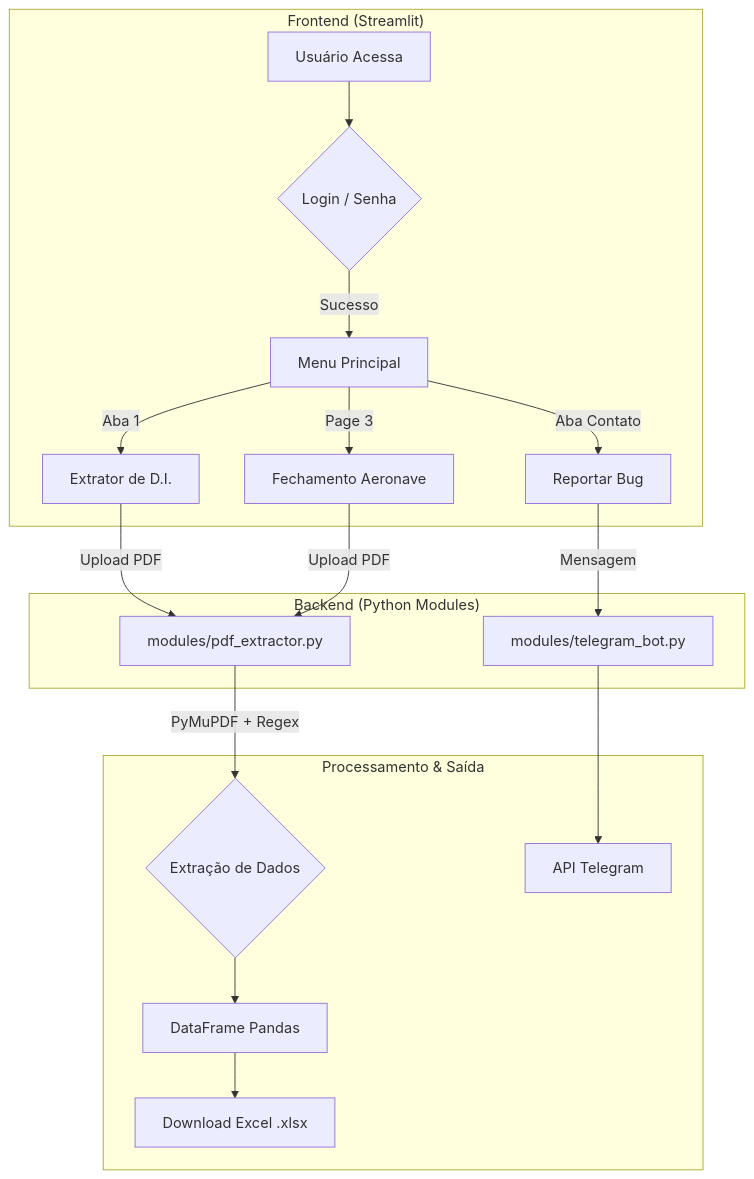
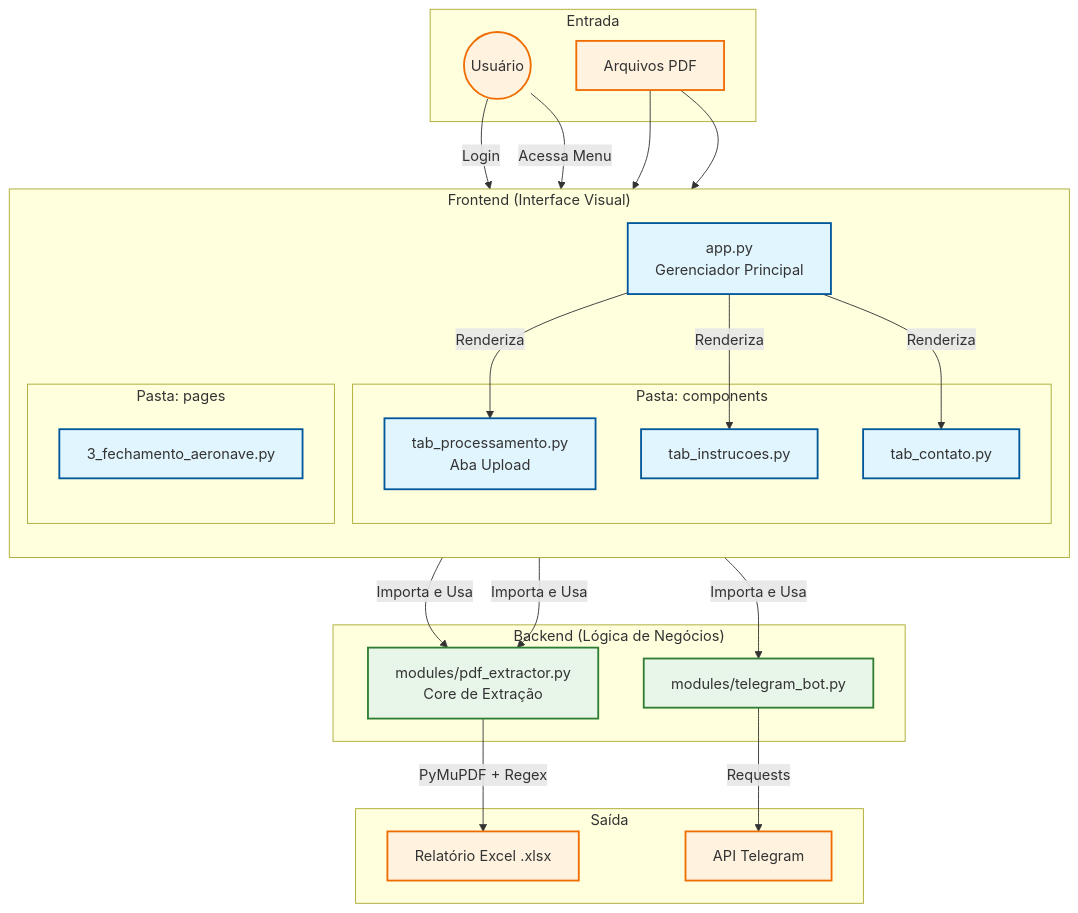
The diagram in README.md (mulinco/extrator-pdf-streamlit), drawn with Mermaid before and after one commit. The commit also changed other lines of this file, not shown here.

Commit message:
Atualizando mermaid e caminho para o gif de demonstração no README

````diff
--- a/README.md
+++ b/README.md
@@ -15,23 +15,57 @@
 ```mermaid
-graph TD;
-    subgraph "Frontend (Streamlit)"
-        A[Usuário Acessa] --> B{Login / Senha};
-        B -- Sucesso --> C[Menu Principal];
-        C -->|Aba 1| D[Extrator de D.I.];
-        C -->|Page 3| E[Fechamento Aeronave];
-        C -->|Aba Contato| F[Reportar Bug];
+graph TD
+    %% Estilos para ficar bonitão
+    classDef ui fill:#e1f5fe,stroke:#01579b,stroke-width:2px;
+    classDef logic fill:#e8f5e9,stroke:#2e7d32,stroke-width:2px;
+    classDef external fill:#fff3e0,stroke:#ef6c00,stroke-width:2px;
+
+    subgraph "Entrada"
+        User((Usuário)):::external
+        PDF[Arquivos PDF]:::external
     end
 
-    subgraph "Backend (Python Modules)"
-        D -->|Upload PDF| G[modules/pdf_extractor.py];
-        E -->|Upload PDF| G;
-        F -->|Mensagem| H[modules/telegram_bot.py];
+    subgraph "Frontend (Interface Visual)"
+        direction TB
+        App[app.py <br/> Gerenciador Principal]:::ui
+        
+        subgraph "Pasta: components"
+            TabProc[tab_processamento.py <br/> Aba Upload]:::ui
+            TabInst[tab_instrucoes.py]:::ui
+            TabCont[tab_contato.py]:::ui
+        end
+        
+        subgraph "Pasta: pages"
+            PageFech[3_fechamento_aeronave.py]:::ui
+        end
     end
 
-    subgraph "Processamento & Saída"
-        G -->|PyMuPDF + Regex| I{Extração de Dados};
-        I --> J[DataFrame Pandas];
-        J --> K[Download Excel .xlsx];
-        H --> L[API Telegram];
+    subgraph "Backend (Lógica de Negócios)"
+        Extractor[modules/pdf_extractor.py <br/> Core de Extração]:::logic
+        Bot[modules/telegram_bot.py]:::logic
     end
+
+    subgraph "Saída"
+        Excel[Relatório Excel .xlsx]:::external
+        TelegramAPI[API Telegram]:::external
+    end
+
+    %% Conexões do Fluxo Principal
+    User -->|Login| App
+    App -->|Renderiza| TabProc
+    App -->|Renderiza| TabInst
+    App -->|Renderiza| TabCont
+    User -->|Acessa Menu| PageFech
+
+    %% Fluxo de Dados (Upload)
+    PDF --> TabProc
+    PDF --> PageFech
+
+    %% Chamadas de Backend (Reutilização de Código)
+    TabProc -->|Importa e Usa| Extractor
+    PageFech -->|Importa e Usa| Extractor
+    TabCont -->|Importa e Usa| Bot
+
+    %% Processamento e Saída
+    Extractor -->|PyMuPDF + Regex| Excel
+    Bot -->|Requests| TelegramAPI
 ```
````
